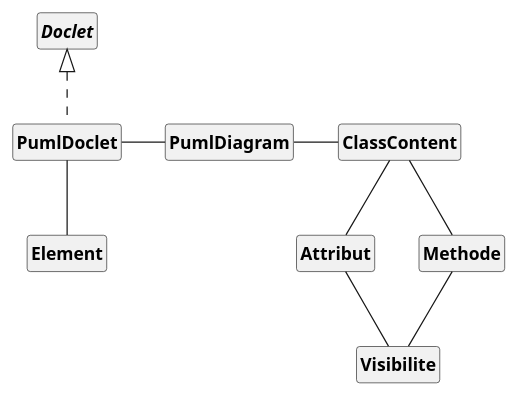
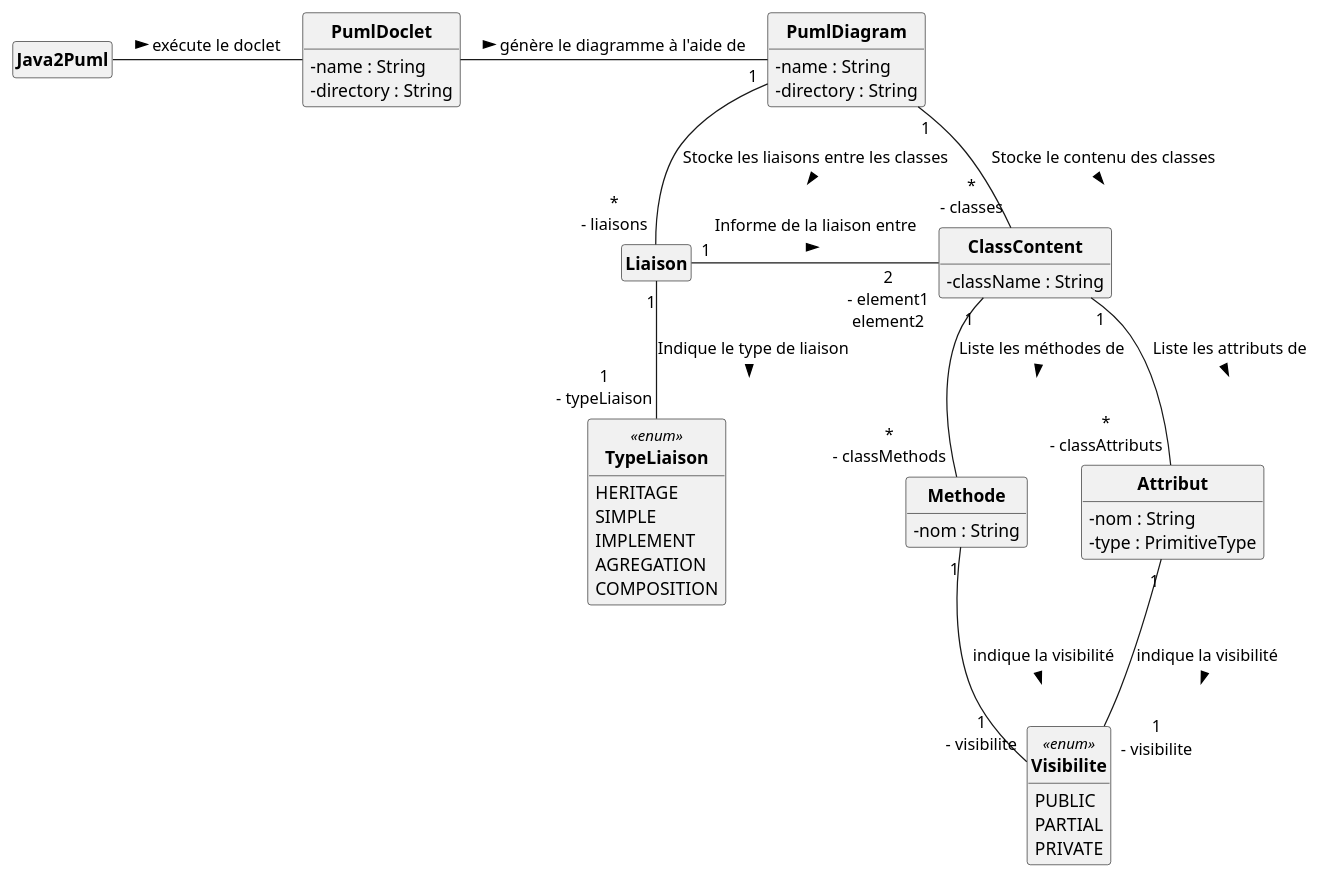
One commit to DimToups/Java-to-PUML-converter changed the diagram in uml/pumlFromJavaDCA.puml. Above: the diagram before and after it, drawn with PlantUML.

Commit message:
[Semaine3] Rééciture du DCA du projet

```diff
--- a/uml/pumlFromJavaDCA.puml
+++ b/uml/pumlFromJavaDCA.puml
@@ -1,47 +1,56 @@
 @startuml
 'https://plantuml.com/class-diagram
 
 skinparam style strictuml
 skinparam classAttributeIconSize 0
 skinparam classFontStyle Bold
 
 hide empty members
 
-class PumlDoclet implements Doclet{
-
+class Java2Puml{
+}
+class PumlDoclet{
+    - name : String
+    - directory : String
+}
+class PumlDiagram{
+    - name : String
+    - directory : String
+}
+class ClassContent{
+    - className : String
+}
+class Attribut{
+    - nom : String
+    - type : PrimitiveType
+}
+class Methode{
+    - nom : String
+}
+class Liaison{
+}
+enum TypeLiaison <<enum>>{
+    HERITAGE
+    SIMPLE
+    IMPLEMENT
+    AGREGATION
+    COMPOSITION
+}
+enum Visibilite <<enum>>{
+    PUBLIC
+    PARTIAL
+    PRIVATE
 }
 
-class PumlDiagram {
-
-}
-
-class ClassContent {
-
-}
-
-class Element {
-
-}
-
-
-class Attribut {
-
-}
-
-class Methode {
-
-}
-
-enum Visibilite {
-
-}
-
-PumlDoclet - PumlDiagram
-PumlDoclet -- Element
-PumlDiagram - ClassContent
-ClassContent -- Attribut
-ClassContent -- Methode
-Attribut -- Visibilite
-Methode -- Visibilite
+Java2Puml - PumlDoclet : > exécute le doclet
+PumlDoclet - PumlDiagram : > génère le diagramme à l'aide de
+PumlDiagram "1" - "*\n- classes" ClassContent : Stocke le contenu des classes\n >
+PumlDiagram "1" -- "*\n- liaisons" Liaison : Stocke les liaisons entre les classes\n >
+ClassContent "1" -- "*\n- classAttributs" Attribut : Liste les attributs de\n >
+ClassContent "1" -- "*\n- classMethods" Methode : Liste les méthodes de\n >
+Attribut "1" -- "1\n- visibilite" Visibilite : indique la visibilité\n >
+Methode "1" -- "1\n- visibilite" Visibilite : indique la visibilité\n >
+Liaison "1" - "2\n- element1\nelement2" ClassContent : Informe de la liaison entre\n >
+Liaison "1" -- "1\n- typeLiaison" TypeLiaison : Indique le type de liaison\n >
 
 @enduml
```
